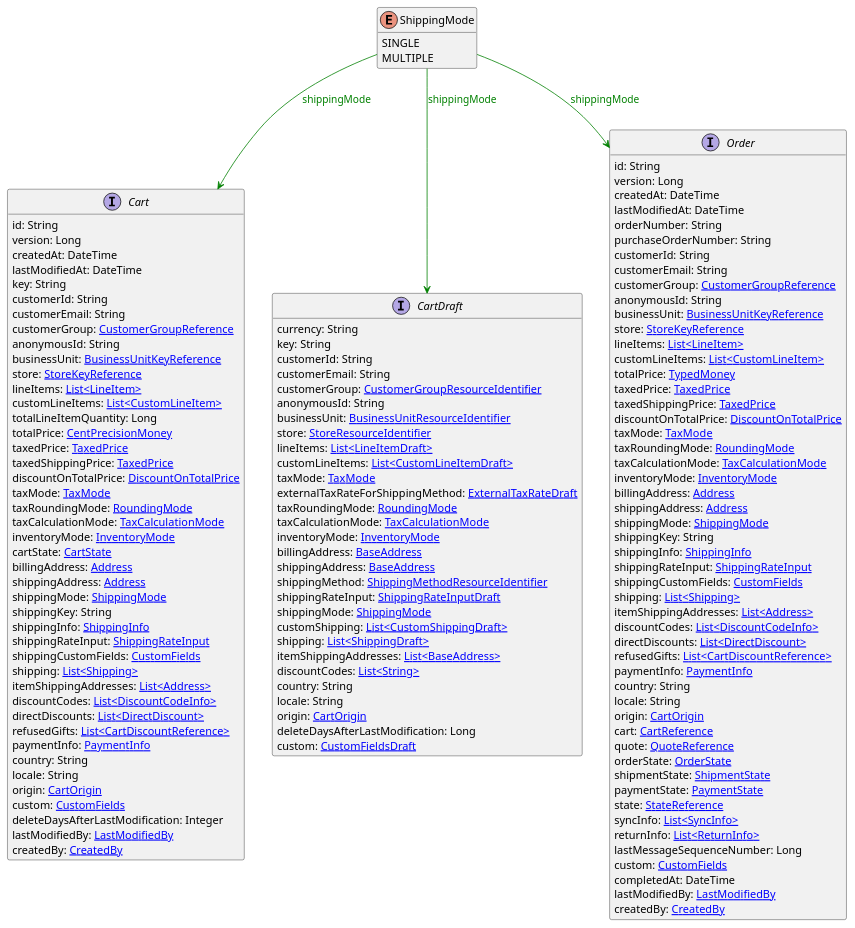
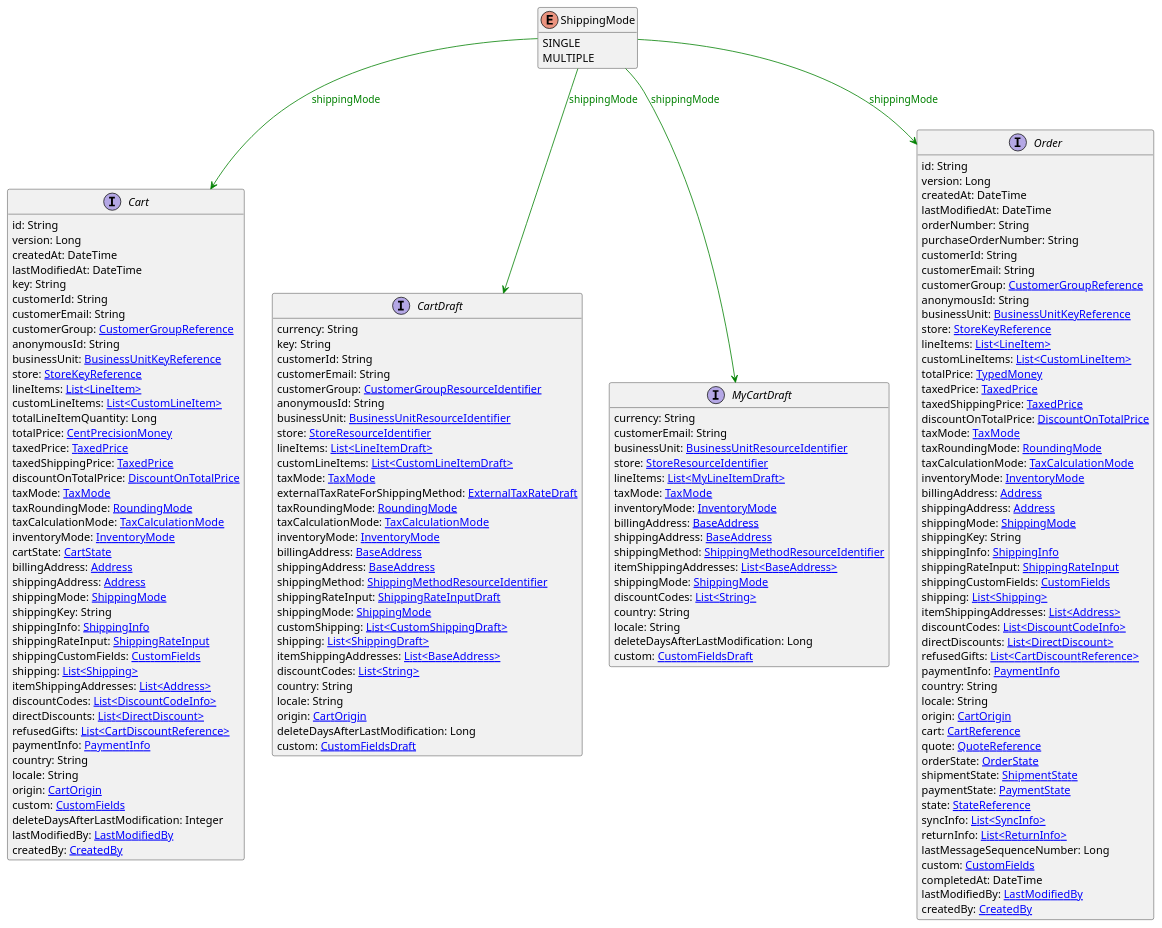
The diagram in uml/api/ShippingMode.puml (commercetools/commercetools-api-reference), drawn with PlantUML before and after one commit. The commit also changed 20 other files, not shown here.

```diff
--- a/uml/api/ShippingMode.puml
+++ b/uml/api/ShippingMode.puml
@@ -1,140 +1,160 @@
 @startuml
 
 hide methods
 enum ShippingMode {
     SINGLE
     MULTIPLE
 }
 interface Cart [[Cart.svg]]  {
     id: String
     version: Long
     createdAt: DateTime
     lastModifiedAt: DateTime
     key: String
     customerId: String
     customerEmail: String
     customerGroup: [[CustomerGroupReference.svg CustomerGroupReference]]
     anonymousId: String
     businessUnit: [[BusinessUnitKeyReference.svg BusinessUnitKeyReference]]
     store: [[StoreKeyReference.svg StoreKeyReference]]
     lineItems: [[LineItem.svg List<LineItem>]]
     customLineItems: [[CustomLineItem.svg List<CustomLineItem>]]
     totalLineItemQuantity: Long
     totalPrice: [[CentPrecisionMoney.svg CentPrecisionMoney]]
     taxedPrice: [[TaxedPrice.svg TaxedPrice]]
     taxedShippingPrice: [[TaxedPrice.svg TaxedPrice]]
     discountOnTotalPrice: [[DiscountOnTotalPrice.svg DiscountOnTotalPrice]]
     taxMode: [[TaxMode.svg TaxMode]]
     taxRoundingMode: [[RoundingMode.svg RoundingMode]]
     taxCalculationMode: [[TaxCalculationMode.svg TaxCalculationMode]]
     inventoryMode: [[InventoryMode.svg InventoryMode]]
     cartState: [[CartState.svg CartState]]
     billingAddress: [[Address.svg Address]]
     shippingAddress: [[Address.svg Address]]
     shippingMode: [[ShippingMode.svg ShippingMode]]
     shippingKey: String
     shippingInfo: [[ShippingInfo.svg ShippingInfo]]
     shippingRateInput: [[ShippingRateInput.svg ShippingRateInput]]
     shippingCustomFields: [[CustomFields.svg CustomFields]]
     shipping: [[Shipping.svg List<Shipping>]]
     itemShippingAddresses: [[Address.svg List<Address>]]
     discountCodes: [[DiscountCodeInfo.svg List<DiscountCodeInfo>]]
     directDiscounts: [[DirectDiscount.svg List<DirectDiscount>]]
     refusedGifts: [[CartDiscountReference.svg List<CartDiscountReference>]]
     paymentInfo: [[PaymentInfo.svg PaymentInfo]]
     country: String
     locale: String
     origin: [[CartOrigin.svg CartOrigin]]
     custom: [[CustomFields.svg CustomFields]]
     deleteDaysAfterLastModification: Integer
     lastModifiedBy: [[LastModifiedBy.svg LastModifiedBy]]
     createdBy: [[CreatedBy.svg CreatedBy]]
 }
 interface CartDraft [[CartDraft.svg]]  {
     currency: String
     key: String
     customerId: String
     customerEmail: String
     customerGroup: [[CustomerGroupResourceIdentifier.svg CustomerGroupResourceIdentifier]]
     anonymousId: String
     businessUnit: [[BusinessUnitResourceIdentifier.svg BusinessUnitResourceIdentifier]]
     store: [[StoreResourceIdentifier.svg StoreResourceIdentifier]]
     lineItems: [[LineItemDraft.svg List<LineItemDraft>]]
     customLineItems: [[CustomLineItemDraft.svg List<CustomLineItemDraft>]]
     taxMode: [[TaxMode.svg TaxMode]]
     externalTaxRateForShippingMethod: [[ExternalTaxRateDraft.svg ExternalTaxRateDraft]]
     taxRoundingMode: [[RoundingMode.svg RoundingMode]]
     taxCalculationMode: [[TaxCalculationMode.svg TaxCalculationMode]]
     inventoryMode: [[InventoryMode.svg InventoryMode]]
     billingAddress: [[BaseAddress.svg BaseAddress]]
     shippingAddress: [[BaseAddress.svg BaseAddress]]
     shippingMethod: [[ShippingMethodResourceIdentifier.svg ShippingMethodResourceIdentifier]]
     shippingRateInput: [[ShippingRateInputDraft.svg ShippingRateInputDraft]]
     shippingMode: [[ShippingMode.svg ShippingMode]]
     customShipping: [[CustomShippingDraft.svg List<CustomShippingDraft>]]
     shipping: [[ShippingDraft.svg List<ShippingDraft>]]
     itemShippingAddresses: [[BaseAddress.svg List<BaseAddress>]]
     discountCodes: [[String.svg List<String>]]
     country: String
     locale: String
     origin: [[CartOrigin.svg CartOrigin]]
     deleteDaysAfterLastModification: Long
     custom: [[CustomFieldsDraft.svg CustomFieldsDraft]]
 }
+interface MyCartDraft [[MyCartDraft.svg]]  {
+    currency: String
+    customerEmail: String
+    businessUnit: [[BusinessUnitResourceIdentifier.svg BusinessUnitResourceIdentifier]]
+    store: [[StoreResourceIdentifier.svg StoreResourceIdentifier]]
+    lineItems: [[MyLineItemDraft.svg List<MyLineItemDraft>]]
+    taxMode: [[TaxMode.svg TaxMode]]
+    inventoryMode: [[InventoryMode.svg InventoryMode]]
+    billingAddress: [[BaseAddress.svg BaseAddress]]
+    shippingAddress: [[BaseAddress.svg BaseAddress]]
+    shippingMethod: [[ShippingMethodResourceIdentifier.svg ShippingMethodResourceIdentifier]]
+    itemShippingAddresses: [[BaseAddress.svg List<BaseAddress>]]
+    shippingMode: [[ShippingMode.svg ShippingMode]]
+    discountCodes: [[String.svg List<String>]]
+    country: String
+    locale: String
+    deleteDaysAfterLastModification: Long
+    custom: [[CustomFieldsDraft.svg CustomFieldsDraft]]
+}
 interface Order [[Order.svg]]  {
     id: String
     version: Long
     createdAt: DateTime
     lastModifiedAt: DateTime
     orderNumber: String
     purchaseOrderNumber: String
     customerId: String
     customerEmail: String
     customerGroup: [[CustomerGroupReference.svg CustomerGroupReference]]
     anonymousId: String
     businessUnit: [[BusinessUnitKeyReference.svg BusinessUnitKeyReference]]
     store: [[StoreKeyReference.svg StoreKeyReference]]
     lineItems: [[LineItem.svg List<LineItem>]]
     customLineItems: [[CustomLineItem.svg List<CustomLineItem>]]
     totalPrice: [[TypedMoney.svg TypedMoney]]
     taxedPrice: [[TaxedPrice.svg TaxedPrice]]
     taxedShippingPrice: [[TaxedPrice.svg TaxedPrice]]
     discountOnTotalPrice: [[DiscountOnTotalPrice.svg DiscountOnTotalPrice]]
     taxMode: [[TaxMode.svg TaxMode]]
     taxRoundingMode: [[RoundingMode.svg RoundingMode]]
     taxCalculationMode: [[TaxCalculationMode.svg TaxCalculationMode]]
     inventoryMode: [[InventoryMode.svg InventoryMode]]
     billingAddress: [[Address.svg Address]]
     shippingAddress: [[Address.svg Address]]
     shippingMode: [[ShippingMode.svg ShippingMode]]
     shippingKey: String
     shippingInfo: [[ShippingInfo.svg ShippingInfo]]
     shippingRateInput: [[ShippingRateInput.svg ShippingRateInput]]
     shippingCustomFields: [[CustomFields.svg CustomFields]]
     shipping: [[Shipping.svg List<Shipping>]]
     itemShippingAddresses: [[Address.svg List<Address>]]
     discountCodes: [[DiscountCodeInfo.svg List<DiscountCodeInfo>]]
     directDiscounts: [[DirectDiscount.svg List<DirectDiscount>]]
     refusedGifts: [[CartDiscountReference.svg List<CartDiscountReference>]]
     paymentInfo: [[PaymentInfo.svg PaymentInfo]]
     country: String
     locale: String
     origin: [[CartOrigin.svg CartOrigin]]
     cart: [[CartReference.svg CartReference]]
     quote: [[QuoteReference.svg QuoteReference]]
     orderState: [[OrderState.svg OrderState]]
     shipmentState: [[ShipmentState.svg ShipmentState]]
     paymentState: [[PaymentState.svg PaymentState]]
     state: [[StateReference.svg StateReference]]
     syncInfo: [[SyncInfo.svg List<SyncInfo>]]
     returnInfo: [[ReturnInfo.svg List<ReturnInfo>]]
     lastMessageSequenceNumber: Long
     custom: [[CustomFields.svg CustomFields]]
     completedAt: DateTime
     lastModifiedBy: [[LastModifiedBy.svg LastModifiedBy]]
     createdBy: [[CreatedBy.svg CreatedBy]]
 }
 ShippingMode --> Cart #green;text:green : "shippingMode"
 ShippingMode --> CartDraft #green;text:green : "shippingMode"
+ShippingMode --> MyCartDraft #green;text:green : "shippingMode"
 ShippingMode --> Order #green;text:green : "shippingMode"
 @enduml
```
